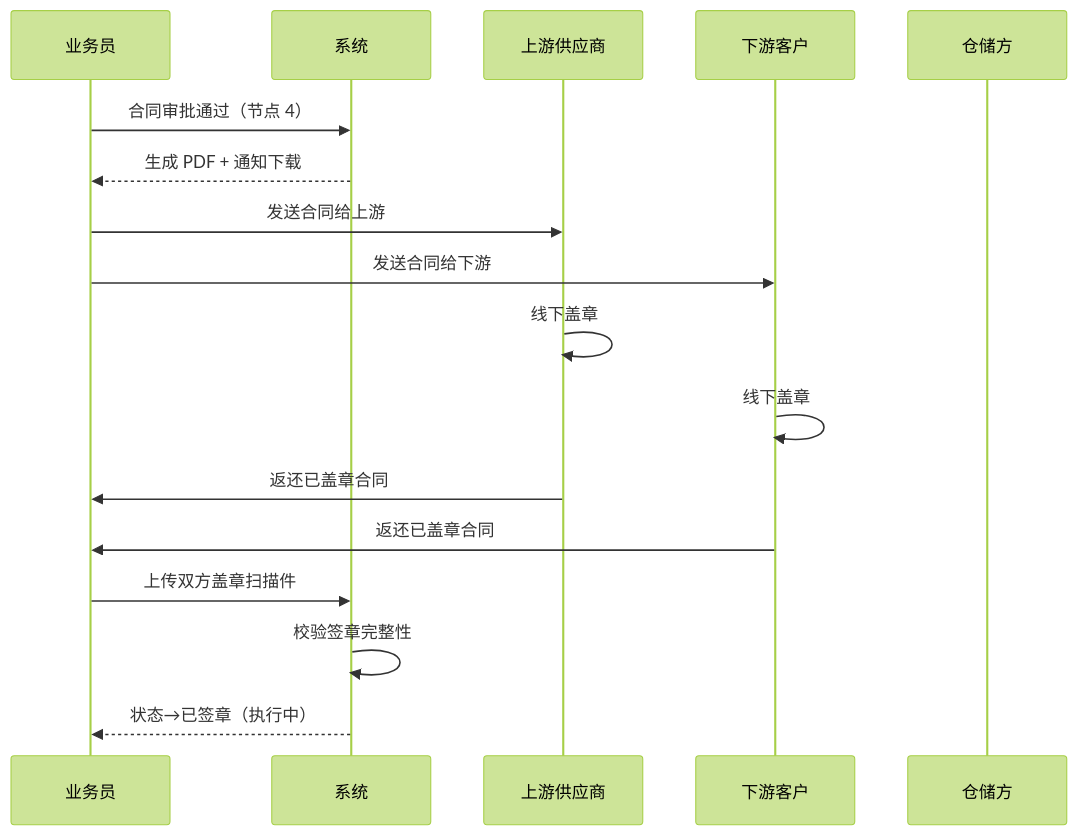
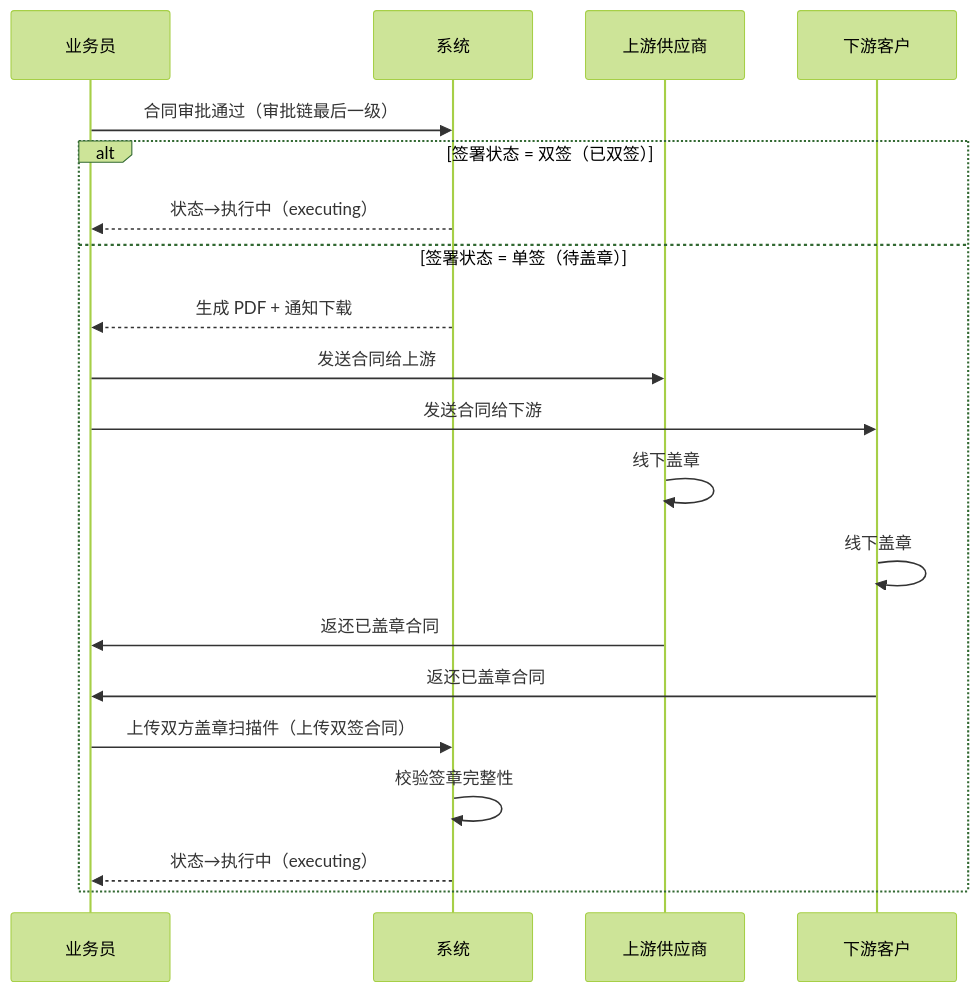
The third of 8 diagrams in docs-v2/02.03-合同管理.md (Ummyue/gyt-admin), drawn with Mermaid (forest theme) before and after one commit. The commit also changed other lines of this file and 40 other files, not shown here.

````diff
--- a/docs-v2/02.03-合同管理.md
+++ b/docs-v2/02.03-合同管理.md
@@ -290,20 +342,23 @@
 ```mermaid
 sequenceDiagram
     participant Biz as 业务员
     participant Sys as 系统
     participant Up as 上游供应商
     participant Down as 下游客户
-    participant WH as 仓储方
 
-    Biz->>Sys: 合同审批通过（节点 4）
-    Sys-->>Biz: 生成 PDF + 通知下载
-    Biz->>Up: 发送合同给上游
-    Biz->>Down: 发送合同给下游
-    Up->>Up: 线下盖章
-    Down->>Down: 线下盖章
-    Up->>Biz: 返还已盖章合同
-    Down->>Biz: 返还已盖章合同
-    Biz->>Sys: 上传双方盖章扫描件
-    Sys->>Sys: 校验签章完整性
-    Sys-->>Biz: 状态→已签章（执行中）
+    Biz->>Sys: 合同审批通过（审批链最后一级）
+    alt 签署状态 = 双签（已双签）
+        Sys-->>Biz: 状态→执行中（executing）
+    else 签署状态 = 单签（待盖章）
+        Sys-->>Biz: 生成 PDF + 通知下载
+        Biz->>Up: 发送合同给上游
+        Biz->>Down: 发送合同给下游
+        Up->>Up: 线下盖章
+        Down->>Down: 线下盖章
+        Up->>Biz: 返还已盖章合同
+        Down->>Biz: 返还已盖章合同
+        Biz->>Sys: 上传双方盖章扫描件（上传双签合同）
+        Sys->>Sys: 校验签章完整性
+        Sys-->>Biz: 状态→执行中（executing）
+    end
 ```
````
